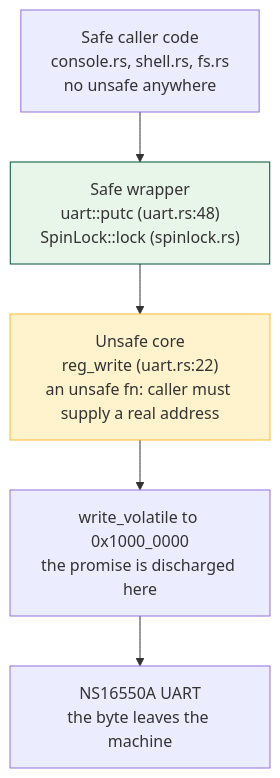
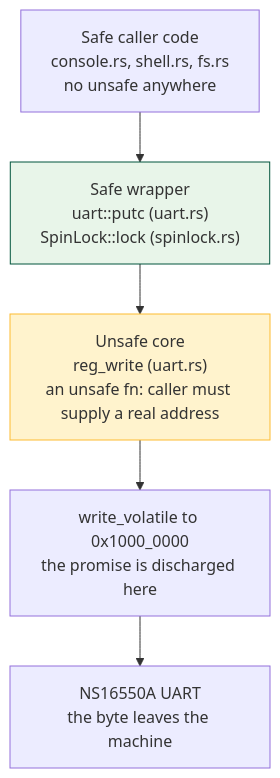
One commit to USF-CS326-F26/USF-CS326-F26.github.io changed the first of 2 diagrams in docs/lectures/05-cs326-2026-09-22-leaving-std-no-std-and-bare-metal-rust.md. Above: the diagram before and after it, drawn with Mermaid. The commit also changed other lines of this file and 66 other files, not shown here.

````diff
--- a/docs/lectures/05-cs326-2026-09-22-leaving-std-no-std-and-bare-metal-rust.md
+++ b/docs/lectures/05-cs326-2026-09-22-leaving-std-no-std-and-bare-metal-rust.md
@@ -251,9 +251,9 @@
 ```mermaid
 flowchart TD
-  A["Safe caller code\nconsole.rs, shell.rs, fs.rs\nno unsafe anywhere"] --> B["Safe wrapper\nuart::putc (uart.rs:48)\nSpinLock::lock (spinlock.rs)"]
-  B --> C["Unsafe core\nreg_write (uart.rs:22)\nan unsafe fn: caller must supply a real address"]
+  A["Safe caller code\nconsole.rs, shell.rs, fs.rs\nno unsafe anywhere"] --> B["Safe wrapper\nuart::putc (uart.rs)\nSpinLock::lock (spinlock.rs)"]
+  B --> C["Unsafe core\nreg_write (uart.rs)\nan unsafe fn: caller must supply a real address"]
   C --> D["write_volatile to 0x1000_0000\nthe promise is discharged here"]
   D --> E["NS16550A UART\nthe byte leaves the machine"]
   style B fill:#e8f5e9,stroke:#00543c
   style C fill:#fff3cd,stroke:#FDBB30
 ```
````
